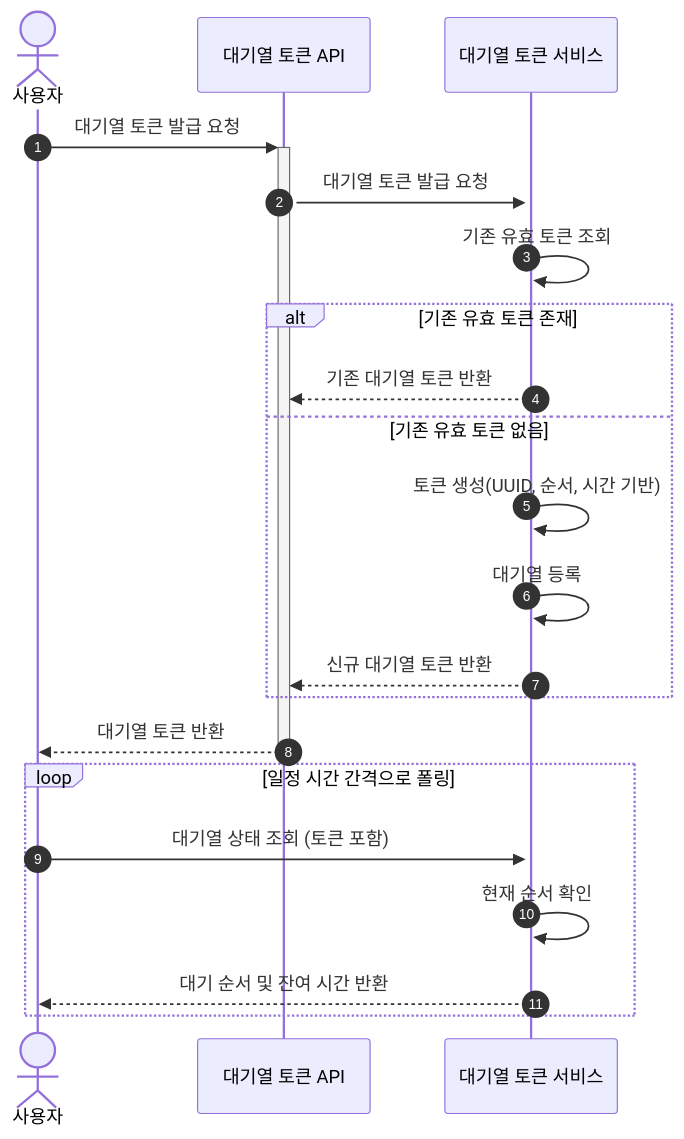
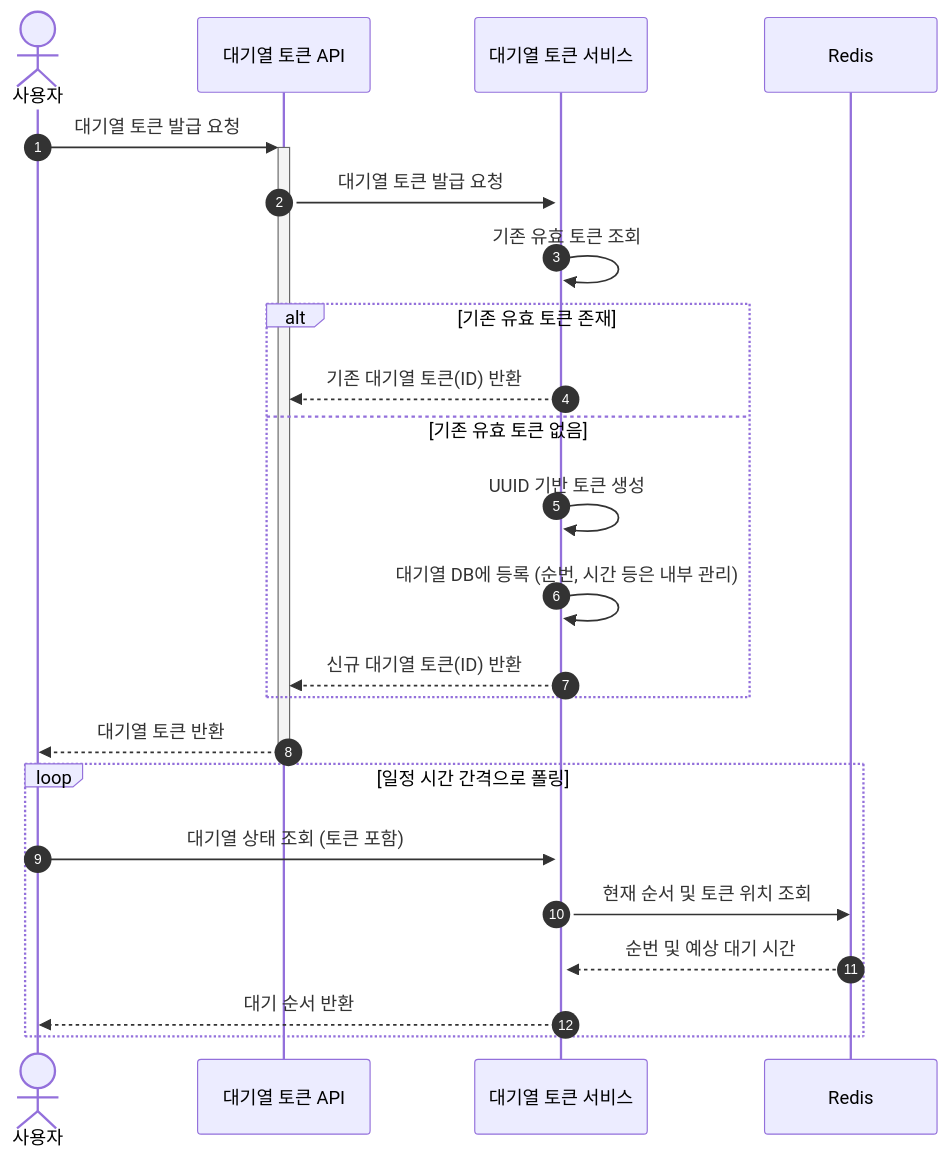
One commit to y-00jin/hhplus-server-concert changed the first of 7 diagrams in docs/02_sequenceDiagram.md. Above: the diagram before and after it, drawn with Mermaid. The commit also changed other lines of this file and 1 other file, not shown here.

First line of the commit message:
[2주차] PR 코멘트 반영: 시퀀스 다이어그램 업데이트 (#12)

````diff
--- a/docs/02_sequenceDiagram.md
+++ b/docs/02_sequenceDiagram.md
@@ -11,28 +11,29 @@
 ```mermaid
 sequenceDiagram
 
 	autonumber
 	actor 사용자 as 사용자
 	participant TokenAPI as 대기열 토큰 API
 	participant QueueService as 대기열 토큰 서비스
 	
 	사용자 ->>+ TokenAPI: 대기열 토큰 발급 요청
 	TokenAPI ->>+ QueueService: 대기열 토큰 발급 요청
 	QueueService ->> QueueService: 기존 유효 토큰 조회
 	
 	alt 기존 유효 토큰 존재
-		QueueService -->> TokenAPI: 기존 대기열 토큰 반환
+		QueueService -->> TokenAPI: 기존 대기열 토큰(ID) 반환
 	else 기존 유효 토큰 없음
-		QueueService ->> QueueService: 토큰 생성(UUID, 순서, 시간 기반)
-		QueueService ->> QueueService: 대기열 등록
-		QueueService -->> TokenAPI: 신규 대기열 토큰 반환
+		QueueService ->> QueueService: UUID 기반 토큰 생성
+		QueueService ->> QueueService: 대기열 DB에 등록 (순번, 시간 등은 내부 관리)
+		QueueService -->> TokenAPI: 신규 대기열 토큰(ID) 반환
 	end
 	
 	TokenAPI -->>- 사용자: 대기열 토큰 반환
 	
 	loop 일정 시간 간격으로 폴링
 		사용자 ->> QueueService: 대기열 상태 조회 (토큰 포함)
-		QueueService ->> QueueService: 현재 순서 확인
-		QueueService -->> 사용자: 대기 순서 및 잔여 시간 반환
+		QueueService ->> Redis: 현재 순서 및 토큰 위치 조회
+		Redis -->> QueueService: 순번 및 예상 대기 시간
+		QueueService -->> 사용자: 대기 순서 반환
 	end
 ```
````
